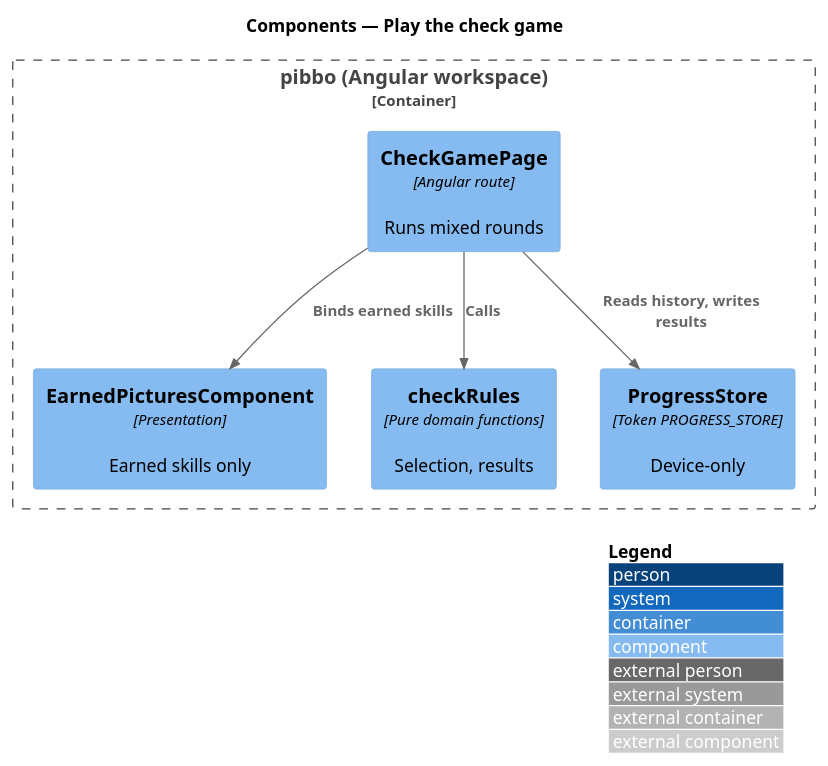
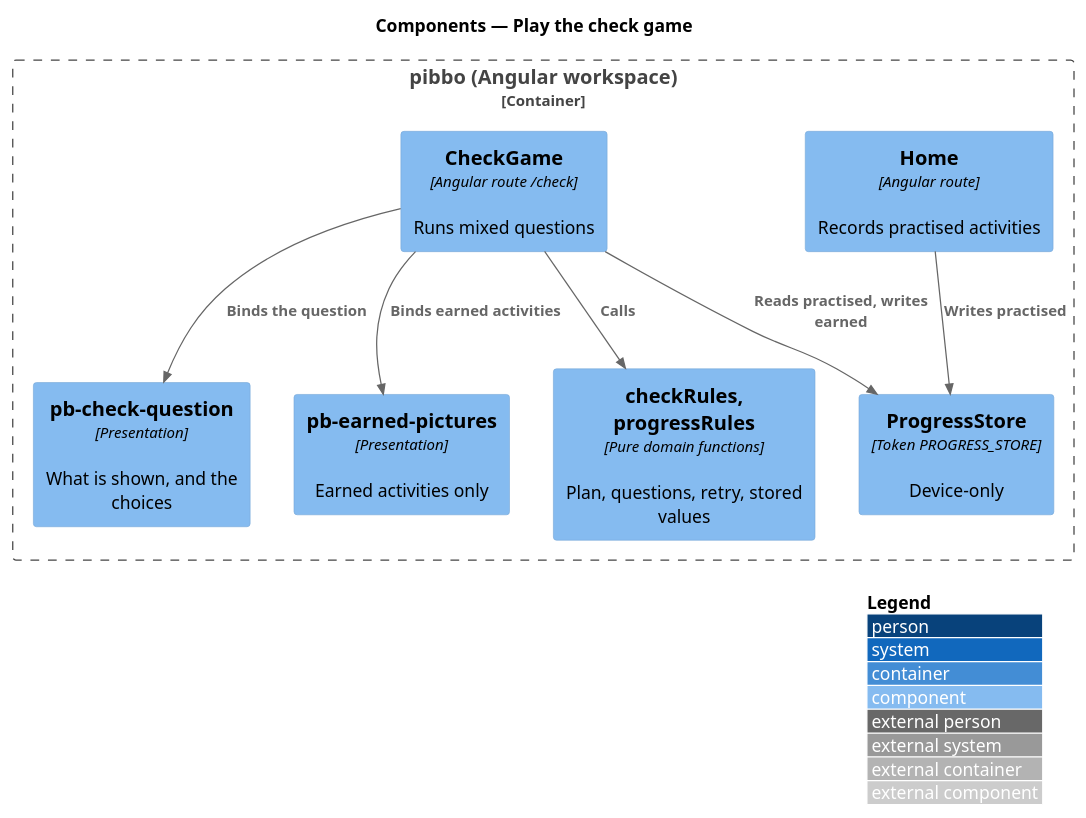
The diagram in docs/detailed-designs/lessons/check-game/diagrams/c4-component.puml (QuinntyneBrown/pibbo), drawn with PlantUML before and after one commit. The commit also changed 34 other files, not shown here.

Commit message:
Check game: redraw the mocks and align the design system, L2-023, ADR 0026 and the design (L2-023)

```diff
--- a/docs/detailed-designs/lessons/check-game/diagrams/c4-component.puml
+++ b/docs/detailed-designs/lessons/check-game/diagrams/c4-component.puml
@@ -1,14 +1,18 @@
 @startuml
 !include <C4/C4_Component>
 LAYOUT_WITH_LEGEND()
 title Components — Play the check game
 Container_Boundary(b, "pibbo (Angular workspace)") {
-  Component(page, "CheckGamePage", "Angular route", "Runs mixed rounds")
-  Component(res, "EarnedPicturesComponent", "Presentation", "Earned skills only")
-  Component(rules, "checkRules", "Pure domain functions", "Selection, results")
+  Component(home, "Home", "Angular route", "Records practised activities")
+  Component(page, "CheckGame", "Angular route /check", "Runs mixed questions")
+  Component(q, "pb-check-question", "Presentation", "What is shown, and the choices")
+  Component(res, "pb-earned-pictures", "Presentation", "Earned activities only")
+  Component(rules, "checkRules, progressRules", "Pure domain functions", "Plan, questions, retry, stored values")
   Component(store, "ProgressStore", "Token PROGRESS_STORE", "Device-only")
 }
-Rel(page, res, "Binds earned skills")
+Rel(home, store, "Writes practised")
+Rel(page, q, "Binds the question")
+Rel(page, res, "Binds earned activities")
 Rel(page, rules, "Calls")
-Rel(page, store, "Reads history, writes results")
+Rel(page, store, "Reads practised, writes earned")
 @enduml
```
